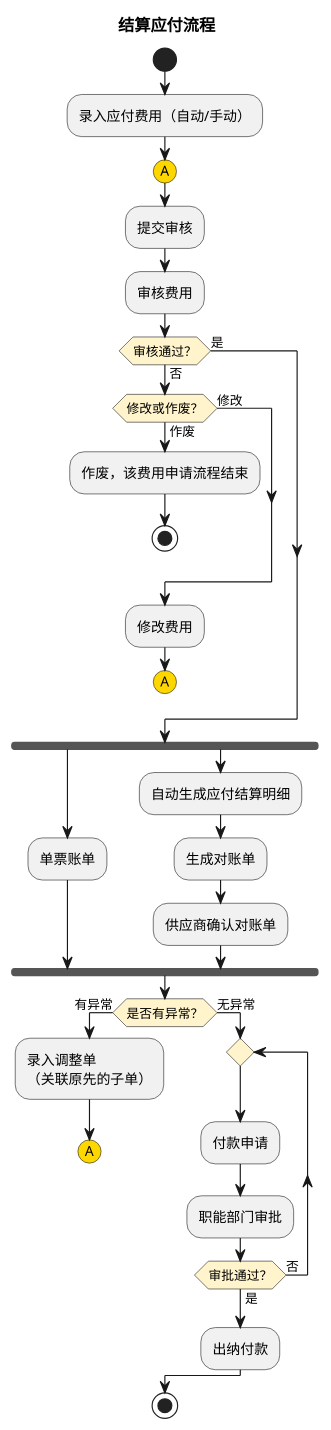
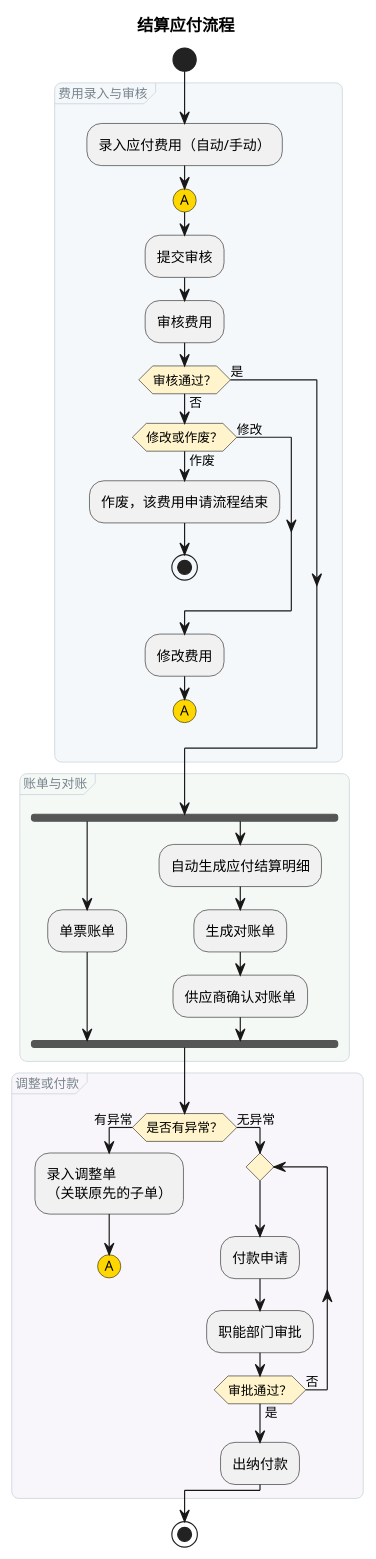
The fifth of 7 diagrams in product-caliber/goldjet/segmented-prd/mainflow/PRD.高捷物流系统一期.主流程.08.税金管理与财务结算流程.md (jack888332/projects-doc), drawn with PlantUML before and after one commit. The commit also changed other lines of this file and 16 other files, not shown here.

Commit message:
给DSL图分组

````diff
--- a/product-caliber/goldjet/segmented-prd/mainflow/PRD.高捷物流系统一期.主流程.08.税金管理与财务结算流程.md
+++ b/product-caliber/goldjet/segmented-prd/mainflow/PRD.高捷物流系统一期.主流程.08.税金管理与财务结算流程.md
@@ -88,41 +88,59 @@
 ```plantuml
 @startuml
 skinparam activityDiamondBackgroundColor #FFF4CC
+<style>
+activityDiagram {
+  group {
+    LineColor #CAD5DA
+    LineThickness 0.7
+    RoundCorner 12
+    FontColor #78848D
+    FontSize 11
+    FontStyle plain
+  }
+}
+</style>
 title 结算应付流程
 start
+group 费用录入与审核 #F4F8FA {
 :录入应付费用（自动/手动）;
 #gold:(A)
 :提交审核;
 :审核费用;
 if (审核通过？) then (否)
   if (修改或作废？) then (作废)
     :作废，该费用申请流程结束;
     stop
   else (修改)
   endif
   :修改费用;
   #gold:(A)
   detach
 else (是)
 endif
+}
+group 账单与对账 #F5F9F6 {
 fork
   :单票账单;
 fork again
   :自动生成应付结算明细;
   :生成对账单;
   :供应商确认对账单;
 end fork
+}
+group 调整或付款 #F8F6FA {
 if (是否有异常？) then (有异常)
   :录入调整单\n（关联原先的子单）;
   #gold:(A)
   detach
 else (无异常)
   repeat
     :付款申请;
     :职能部门审批;
   repeat while (审批通过？) is (否) not (是)
   :出纳付款;
 endif
+}
 stop
 @enduml
 ```
````
